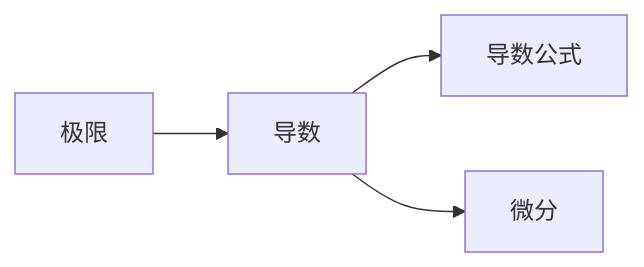
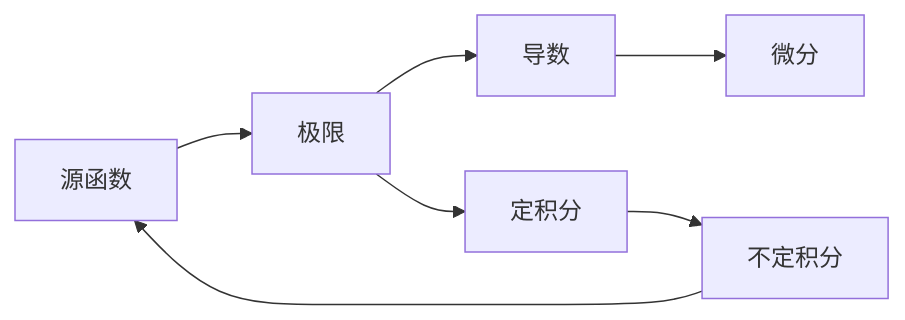
One commit to huanCode/study changed the diagram in 数学/微积分/微积分.md. Above: the diagram before and after it, drawn with Mermaid. The commit also changed other lines of this file and 2 other files, not shown here.

````diff
--- a/数学/微积分/微积分.md
+++ b/数学/微积分/微积分.md
@@ -8,6 +8,9 @@
 ```mermaid
 graph LR
+  源函数 --> 极限
   极限 --> 导数;
-  导数 --> 导数公式;
+  极限 --> 定积分;
+  定积分 --> 不定积分;
+  不定积分 --> 源函数;
   导数 --> 微分;
 ```
````
